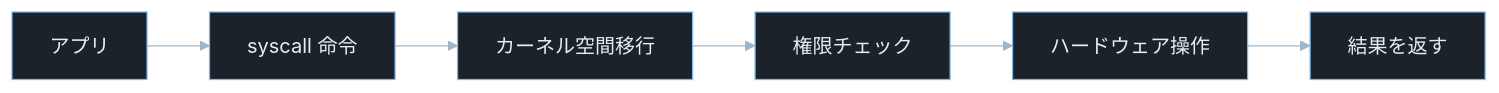
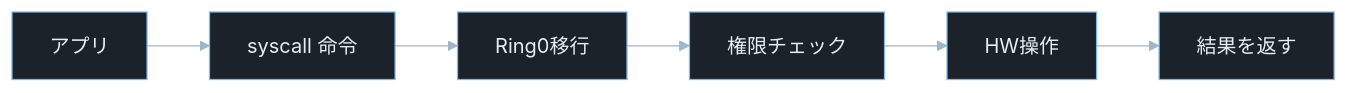
One commit to Omni-lab26/recon0x-content changed the first of 3 diagrams in articles/syscall-basics/index.md. Above: the diagram before and after it, drawn with Mermaid. The commit also changed other lines of this file and 3 other files, not shown here.

````diff
--- a/articles/syscall-basics/index.md
+++ b/articles/syscall-basics/index.md
@@ -62,9 +68,9 @@
 ```mermaid
 %%{init: {"theme":"base","themeVariables":{"background":"#0b1117","primaryColor":"#1b222a","primaryBorderColor":"#7fb6e8","primaryTextColor":"#e6edf3","lineColor":"#9db6c9","secondaryColor":"#111827","tertiaryColor":"#0b1117"}}}%%
 flowchart LR
     A[アプリ] --> B[syscall 命令]
-    B --> C[カーネル空間移行]
+    B --> C[Ring0移行]
     C --> D[権限チェック]
-    D --> E[ハードウェア操作]
+    D --> E[HW操作]
     E --> F[結果を返す]
 ```
````
